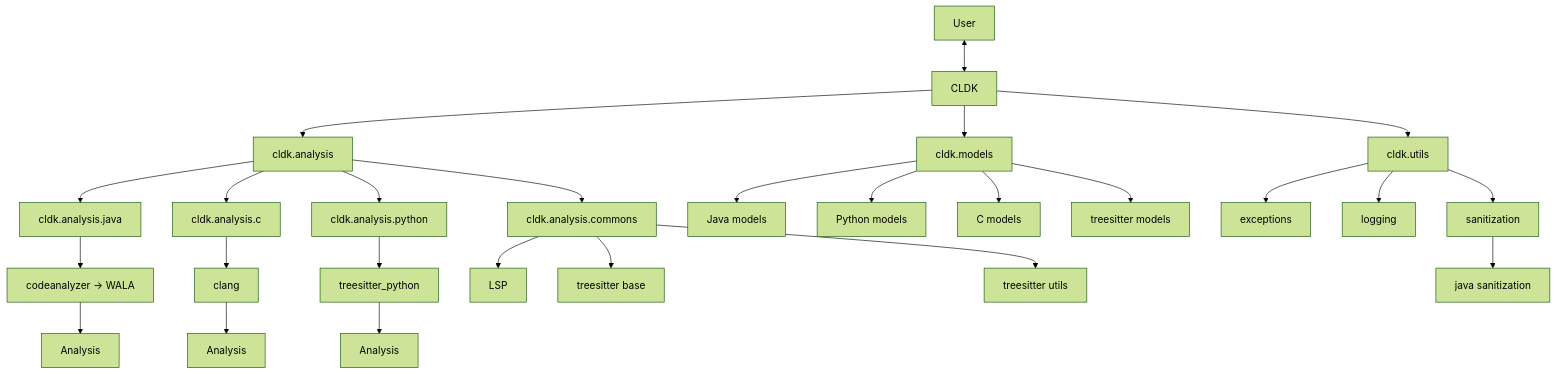
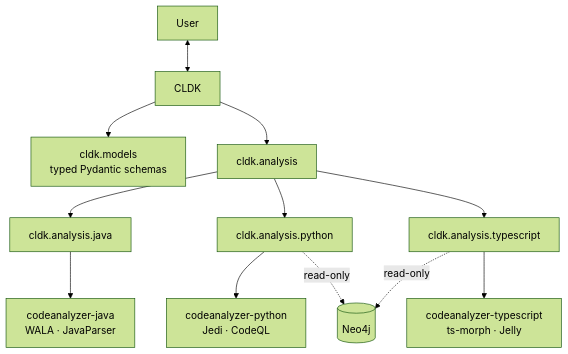
One commit to codellm-devkit/python-sdk changed the diagram in README.md. Above: the diagram before and after it, drawn with Mermaid (forest theme). The commit also changed other lines of this file, not shown here.

````diff
--- a/README.md
+++ b/README.md
@@ -143,36 +136,17 @@
 ```mermaid
 graph TD
-User <--> A[CLDK]
+    User <--> CLDK
+    CLDK --> M[cldk.models<br/>typed Pydantic schemas]
+    CLDK --> A[cldk.analysis]
 
-    A --> A1[cldk.analysis]
-    
-    A1 --> A2[cldk.analysis.java]
-    A2 --> A3[codeanalyzer → WALA]
-    A3 --> JA[Analysis]
+    A --> J[cldk.analysis.java]
+    A --> P[cldk.analysis.python]
+    A --> T[cldk.analysis.typescript]
 
-    A1 --> A4[cldk.analysis.c]
-    A4 --> A5[clang]
-    A5 --> CA[Analysis]
+    J --> EJ[codeanalyzer-java<br/>WALA · JavaParser]
+    P --> EP[codeanalyzer-python<br/>Jedi · CodeQL]
+    T --> ET[codeanalyzer-typescript<br/>ts-morph · Jelly]
 
-    A1 --> A6[cldk.analysis.python]
-    A6 --> A7[treesitter_python]
-    A7 --> PA[Analysis]
-
-    A1 --> A8[cldk.analysis.commons]
-    A8 --> LSP[LSP]
-    A8 --> TS[treesitter base]
-    A8 --> TU[treesitter utils]
-
-    A --> M[cldk.models]
-    M --> MJ[Java models]
-    M --> MP[Python models]
-    M --> MC[C models]
-    M --> MT[treesitter models]
-
-    A --> U[cldk.utils]
-    U --> UX[exceptions]
-    U --> UL[logging]
-    U --> US[sanitization]
-    US --> USJ[java sanitization]
-
+    P -. read-only .-> N[(Neo4j)]
+    T -. read-only .-> N
 ```
````
